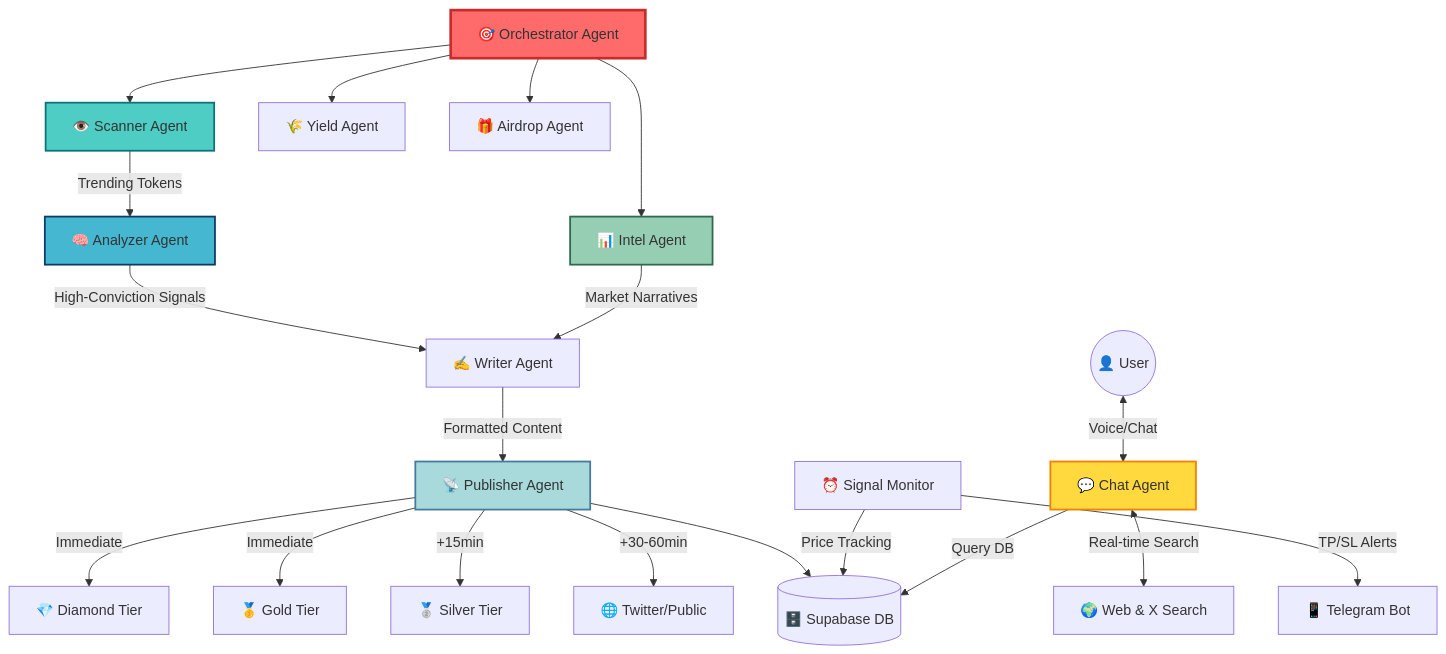
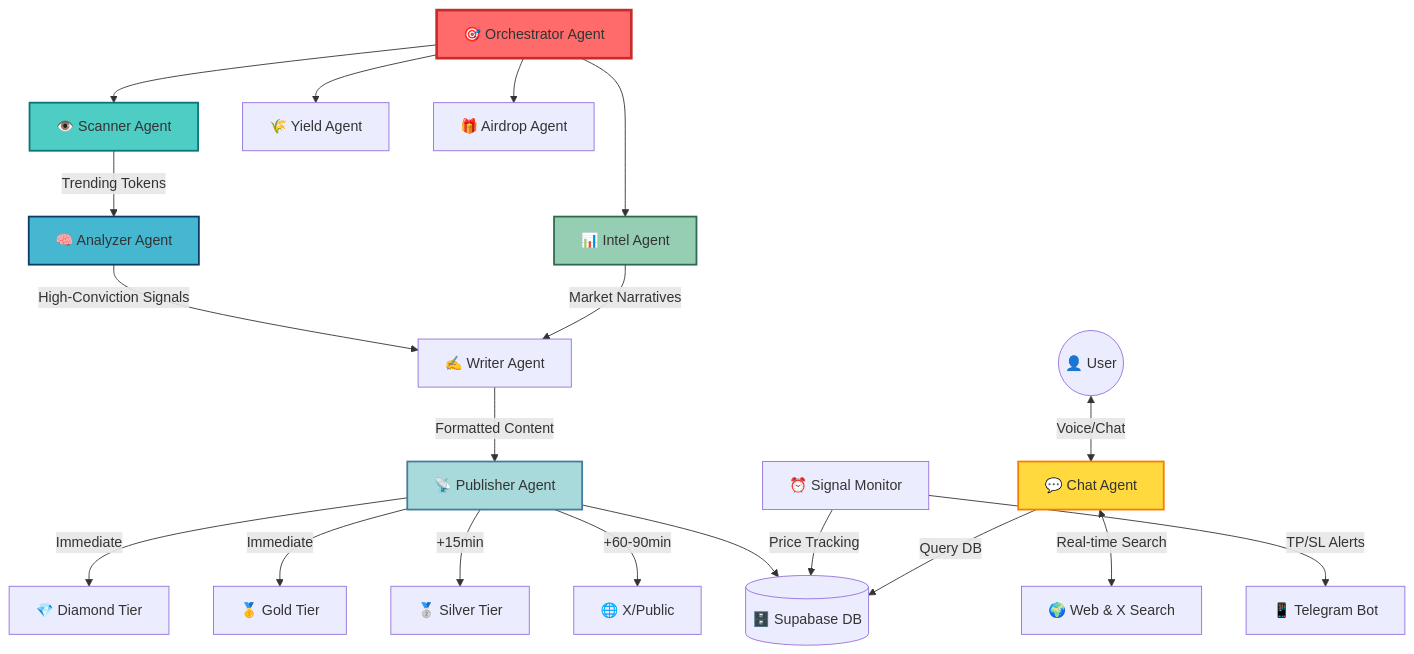
Before and after one commit to zaikaman/RogueAgent: the diagram in README.md, drawn with Mermaid. The commit also changed other lines of this file and 5 other files, not shown here.

````diff
--- a/README.md
+++ b/README.md
@@ -103,32 +103,32 @@
 ```mermaid
 graph TD
     Orchestrator[🎯 Orchestrator Agent] --> Scanner[👁️ Scanner Agent]
     Orchestrator --> Intel[📊 Intel Agent]
     Orchestrator --> Yield[🌾 Yield Agent]
     Orchestrator --> Airdrop[🎁 Airdrop Agent]
     
     Scanner -->|Trending Tokens| Analyzer[🧠 Analyzer Agent]
     Analyzer -->|High-Conviction Signals| Writer[✍️ Writer Agent]
     Intel -->|Market Narratives| Writer
     
     Writer -->|Formatted Content| Publisher[📡 Publisher Agent]
     Publisher -->|Immediate| Diamond[💎 Diamond Tier]
     Publisher -->|Immediate| Gold[🥇 Gold Tier]
     Publisher -->|+15min| Silver[🥈 Silver Tier]
-    Publisher -->|+30-60min| Public[🌐 Twitter/Public]
+    Publisher -->|+60-90min| Public[🌐 X/Public]
     Publisher --> DB[(🗄️ Supabase DB)]
     
     Monitor[⏰ Signal Monitor] -->|Price Tracking| DB
     Monitor -->|TP/SL Alerts| Telegram[📱 Telegram Bot]
     
     User((👤 User)) <-->|Voice/Chat| ChatAgent[💬 Chat Agent]
     ChatAgent <-->|Real-time Search| Web[🌍 Web & X Search]
     ChatAgent -->|Query DB| DB
     
     style Orchestrator fill:#ff6b6b,stroke:#c92a2a,stroke-width:3px
     style Scanner fill:#4ecdc4,stroke:#0d7377,stroke-width:2px
     style Analyzer fill:#45b7d1,stroke:#0d3b66,stroke-width:2px
     style Intel fill:#96ceb4,stroke:#2d6a4f,stroke-width:2px
     style ChatAgent fill:#ffd93d,stroke:#f77f00,stroke-width:2px
     style Publisher fill:#a8dadc,stroke:#457b9d,stroke-width:2px
 ```
````
